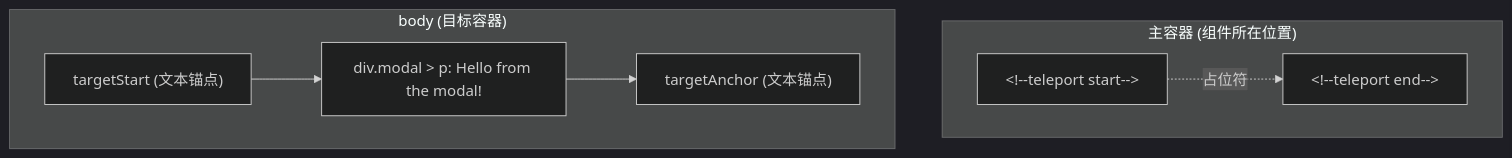
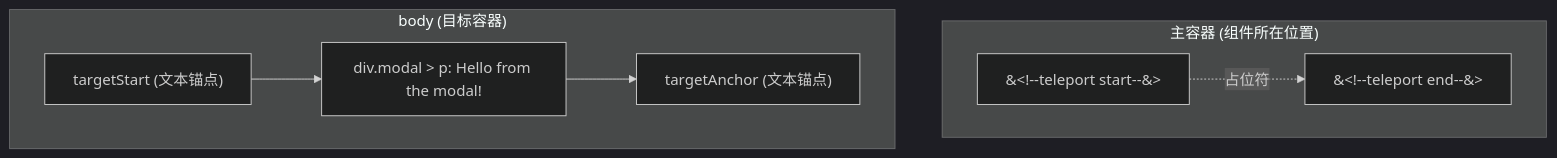
One commit to zhangzhengyang27/tech-codex changed the first of 2 diagrams in docs/04-前端/06-vue3/01-vue3文档/03-进阶模式/07-Teleport源码分析.md. Above: the diagram before and after it, drawn with Mermaid (dark theme). The commit also changed 195 other files, not shown here.

````diff
--- a/docs/04-前端/06-vue3/01-vue3文档/03-进阶模式/07-Teleport源码分析.md
+++ b/docs/04-前端/06-vue3/01-vue3文档/03-进阶模式/07-Teleport源码分析.md
@@ -217,16 +217,16 @@
 ```mermaid
 flowchart TB
   subgraph 主容器["主容器 (组件所在位置)"]
-    start["&lt;!--teleport start--&gt;"]
-    end_["&lt;!--teleport end--&gt;"]
+    start["&#60;!--teleport start--&#62;"]
+    end_["&#60;!--teleport end--&#62;"]
   end
 
   subgraph body["body (目标容器)"]
     targetStart["targetStart (文本锚点)"]
     modal["div.modal > p: Hello from the modal!"]
     targetAnchor["targetAnchor (文本锚点)"]
   end
 
   start -.-> |"占位符"| end_
   targetStart --> modal --> targetAnchor
 ```
````
